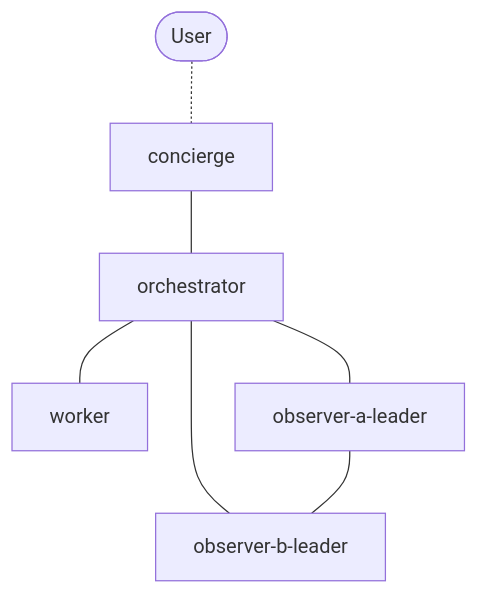
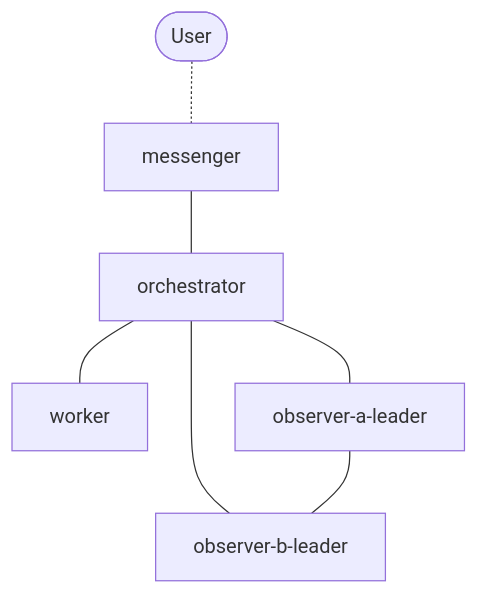
One commit to i9wa4/tmux-a2a-postman changed the diagram in README.md. Above: the diagram before and after it, drawn with Mermaid. The commit also changed other lines of this file and 5 other files, not shown here.

````diff
--- a/README.md
+++ b/README.md
@@ -92,9 +92,9 @@
 ```mermaid
 graph TD
-    user([User]) -.- concierge
-    concierge --- orchestrator
+    user([User]) -.- messenger
+    messenger --- orchestrator
     orchestrator --- worker
     orchestrator --- observer-a-leader
     orchestrator --- observer-b-leader
     observer-a-leader --- observer-b-leader
 ```
````
